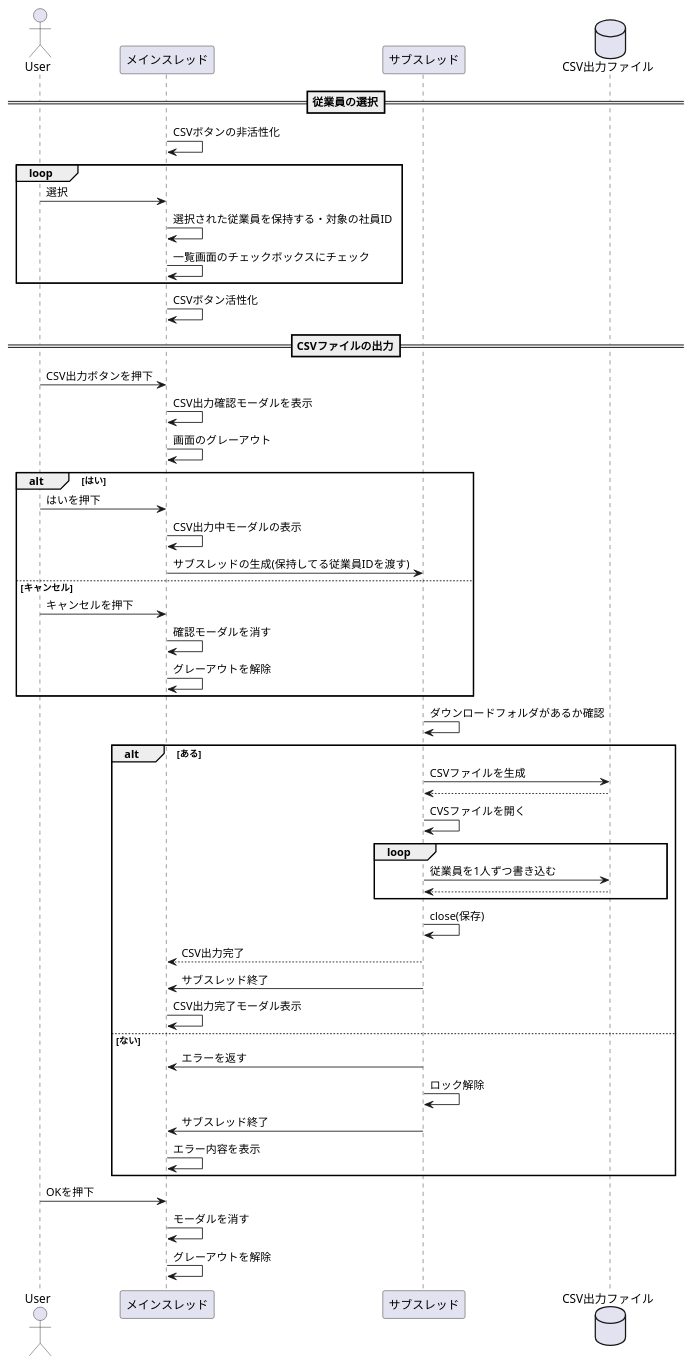
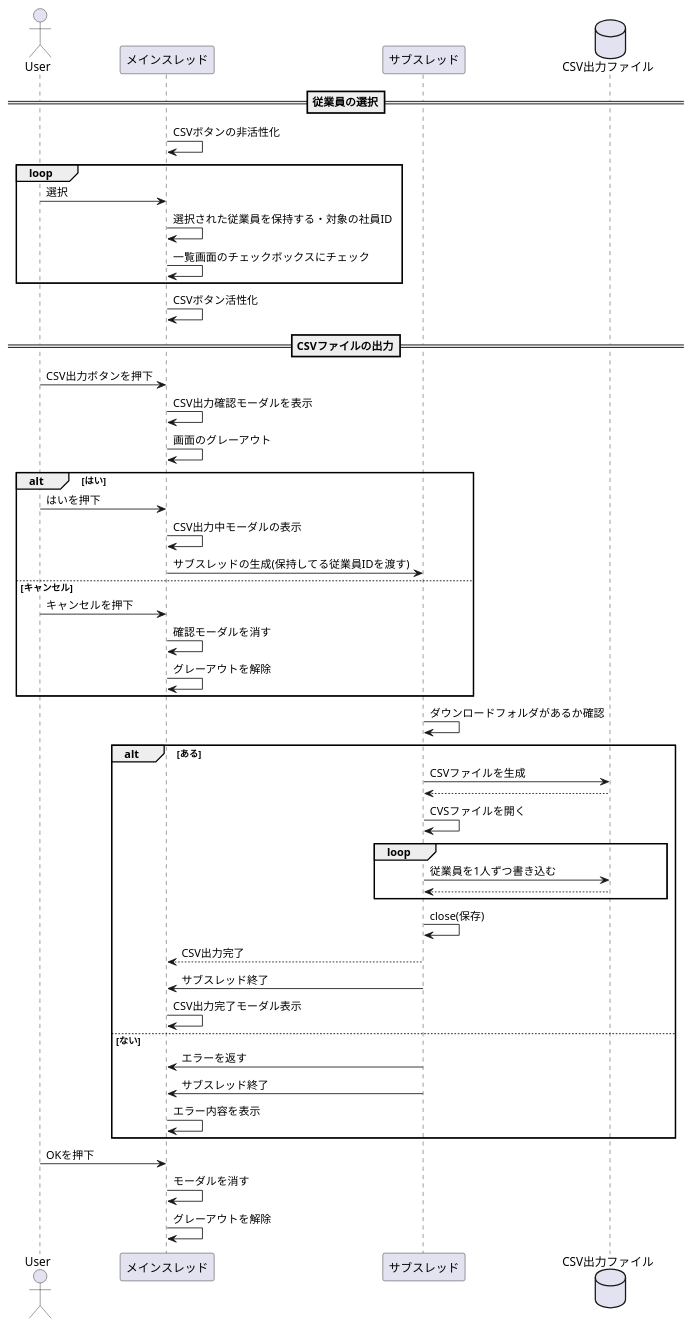
The diagram in Documents/SequenceDiagram/OutputCSV.pu (miku4588/Final-Assignment), drawn with PlantUML before and after one commit. The commit also changed 1 other file, not shown here.

```diff
--- a/Documents/SequenceDiagram/OutputCSV.pu
+++ b/Documents/SequenceDiagram/OutputCSV.pu
@@ -1,63 +1,62 @@
 @startuml ClassDiagram
 
 actor User
 participant メインスレッド
 participant サブスレッド
 database CSV出力ファイル
 
 'ユーザーが従業員をチェックするときの動作
 ==従業員の選択==
 メインスレッド -> メインスレッド :CSVボタンの非活性化
 loop
     User -> メインスレッド :選択
     メインスレッド -> メインスレッド :選択された従業員を保持する・対象の社員ID
     メインスレッド -> メインスレッド :一覧画面のチェックボックスにチェック
 end
 
 メインスレッド -> メインスレッド :CSVボタン活性化
 
 '選択後、CSV出力を押下したときの動作
 ==CSVファイルの出力==
 User -> メインスレッド :CSV出力ボタンを押下
 メインスレッド -> メインスレッド :CSV出力確認モーダルを表示
     メインスレッド -> メインスレッド :画面のグレーアウト
 '確認モーダルの分岐
 alt はい
     User -> メインスレッド :はいを押下
     メインスレッド -> メインスレッド :CSV出力中モーダルの表示
     メインスレッド -> サブスレッド :サブスレッドの生成(保持してる従業員IDを渡す)
 else キャンセル
     User -> メインスレッド :キャンセルを押下
     メインスレッド -> メインスレッド :確認モーダルを消す
     メインスレッド -> メインスレッド :グレーアウトを解除
 end
 'CSVファイルに書き込む動作
 サブスレッド -> サブスレッド :ダウンロードフォルダがあるか確認
 alt ある
     サブスレッド -> CSV出力ファイル :CSVファイルを生成
     CSV出力ファイル --> サブスレッド
 
     サブスレッド -> サブスレッド :CVSファイルを開く
 'CSVファイルに書き込む1名ずつ書き込むループ
 loop
     サブスレッド -> CSV出力ファイル :従業員を1人ずつ書き込む
     CSV出力ファイル --> サブスレッド
 end
 サブスレッド -> サブスレッド :close(保存)
 'CSV出力完了後
 サブスレッド --> メインスレッド :CSV出力完了
 サブスレッド -> メインスレッド :サブスレッド終了
 メインスレッド -> メインスレッド :CSV出力完了モーダル表示
 
 else ない
     サブスレッド -> メインスレッド :エラーを返す
-    サブスレッド -> サブスレッド:ロック解除
     サブスレッド -> メインスレッド :サブスレッド終了
     メインスレッド -> メインスレッド :エラー内容を表示
 end
 
 User -> メインスレッド :OKを押下
 メインスレッド -> メインスレッド :モーダルを消す
 メインスレッド -> メインスレッド :グレーアウトを解除
 
 @enduml
```
